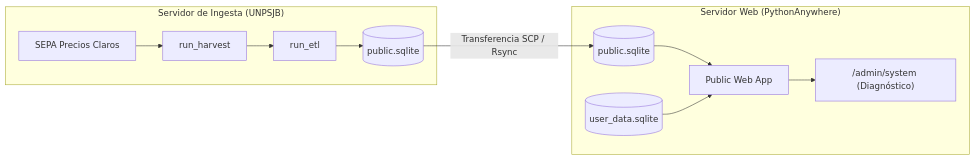
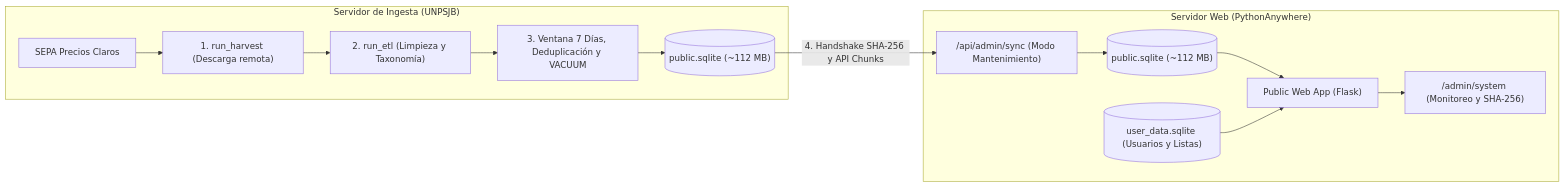
One commit to DanielBerns/sur_en_precios changed the second of 2 diagrams in README.md. Above: the diagram before and after it, drawn with Mermaid. The commit also changed other lines of this file and 1 other file, not shown here.

Commit message:
docs: document daily update workflow, rolling window, cron, and sync client

````diff
--- a/README.md
+++ b/README.md
@@ -202,15 +202,17 @@
 ```mermaid
 flowchart LR
     subgraph IngestionServer ["Servidor de Ingesta (UNPSJB)"]
-        SEPA["SEPA Precios Claros"] --> Harvest["run_harvest"]
-        Harvest --> ETL["run_etl"]
-        ETL --> OutputDB[("public.sqlite")]
+        SEPA["SEPA Precios Claros"] --> Harvest["1. run_harvest (Descarga remota)"]
+        Harvest --> ETL["2. run_etl (Limpieza y Taxonomía)"]
+        ETL --> Window["3. Ventana 7 Días, Deduplicación y VACUUM"]
+        Window --> LocalDB[("public.sqlite (~112 MB)")]
     end
 
     subgraph ProductionHost ["Servidor Web (PythonAnywhere)"]
-        OutputDB -->|Transferencia SCP / Rsync| WebPublicDB[("public.sqlite")]
-        WebPublicDB --> WebApp["Public Web App"]
-        UserDB[("user_data.sqlite")] --> WebApp
-        WebApp --> AdminView["/admin/system (Diagnóstico)"]
+        LocalDB -->|4. Handshake SHA-256 y API Chunks| RemoteSync["/api/admin/sync (Modo Mantenimiento)"]
+        RemoteSync --> WebPublicDB[("public.sqlite (~112 MB)")]
+        WebPublicDB --> WebApp["Public Web App (Flask)"]
+        UserDB[("user_data.sqlite (Usuarios y Listas)")] --> WebApp
+        WebApp --> AdminView["/admin/system (Monitoreo y SHA-256)"]
     end
 ```
````
